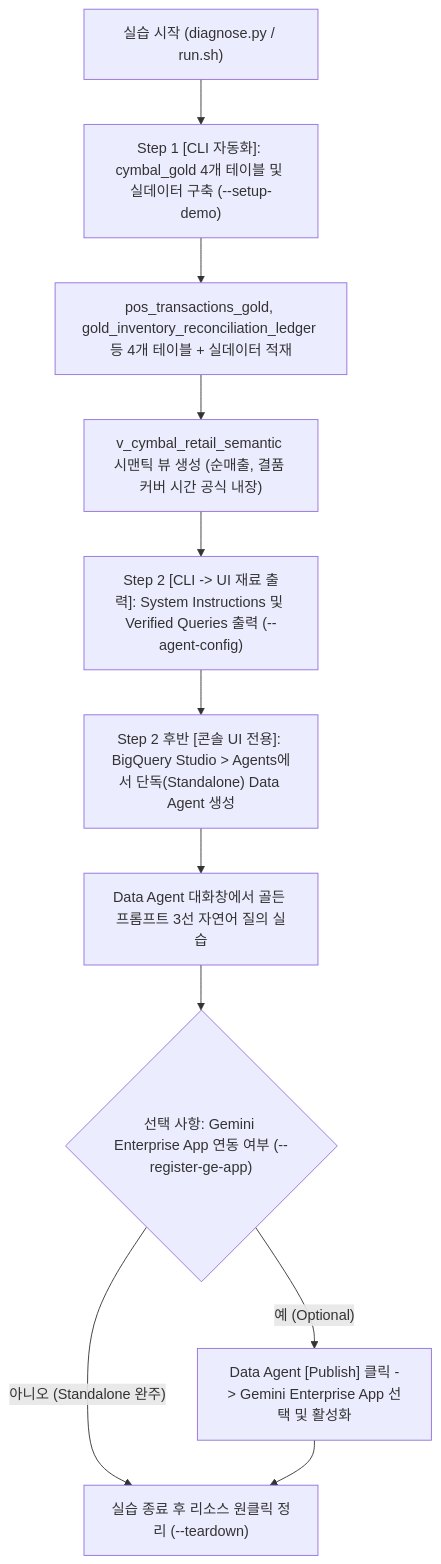
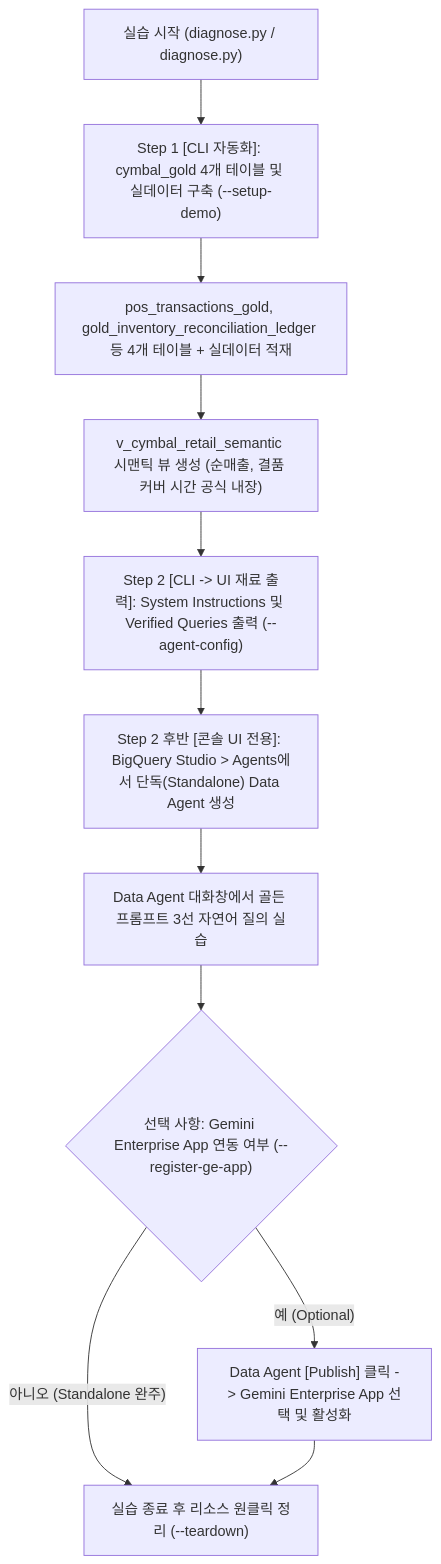
One commit to jiangjun-forge/google-cloud-0-to-1 changed the diagram in samples/bigquery-data-agent-starter/README.md. Above: the diagram before and after it, drawn with Mermaid. The commit also changed other lines of this file and 180 other files, not shown here.

````diff
--- a/samples/bigquery-data-agent-starter/README.md
+++ b/samples/bigquery-data-agent-starter/README.md
@@ -39,13 +39,13 @@
 ```mermaid
 flowchart TD
-    A["실습 시작 (diagnose.py / run.sh)"] --> B["Step 1 [CLI 자동화]: cymbal_gold 4개 테이블 및 실데이터 구축 (--setup-demo)"]
+    A["실습 시작 (diagnose.py / diagnose.py)"] --> B["Step 1 [CLI 자동화]: cymbal_gold 4개 테이블 및 실데이터 구축 (--setup-demo)"]
     B --> C["pos_transactions_gold, gold_inventory_reconciliation_ledger 등 4개 테이블 + 실데이터 적재"]
     C --> D["v_cymbal_retail_semantic 시맨틱 뷰 생성 (순매출, 결품 커버 시간 공식 내장)"]
     D --> E["Step 2 [CLI -> UI 재료 출력]: System Instructions 및 Verified Queries 출력 (--agent-config)"]
     E --> F["Step 2 후반 [콘솔 UI 전용]: BigQuery Studio > Agents에서 단독(Standalone) Data Agent 생성"]
     F --> G["Data Agent 대화창에서 골든 프롬프트 3선 자연어 질의 실습"]
     G --> H{"선택 사항: Gemini Enterprise App 연동 여부 (--register-ge-app)"}
     H -- "예 (Optional)" --> I["Data Agent [Publish] 클릭 -> Gemini Enterprise App 선택 및 활성화"]
     H -- "아니오 (Standalone 완주)" --> J["실습 종료 후 리소스 원클릭 정리 (--teardown)"]
     I --> J
 ```
````
